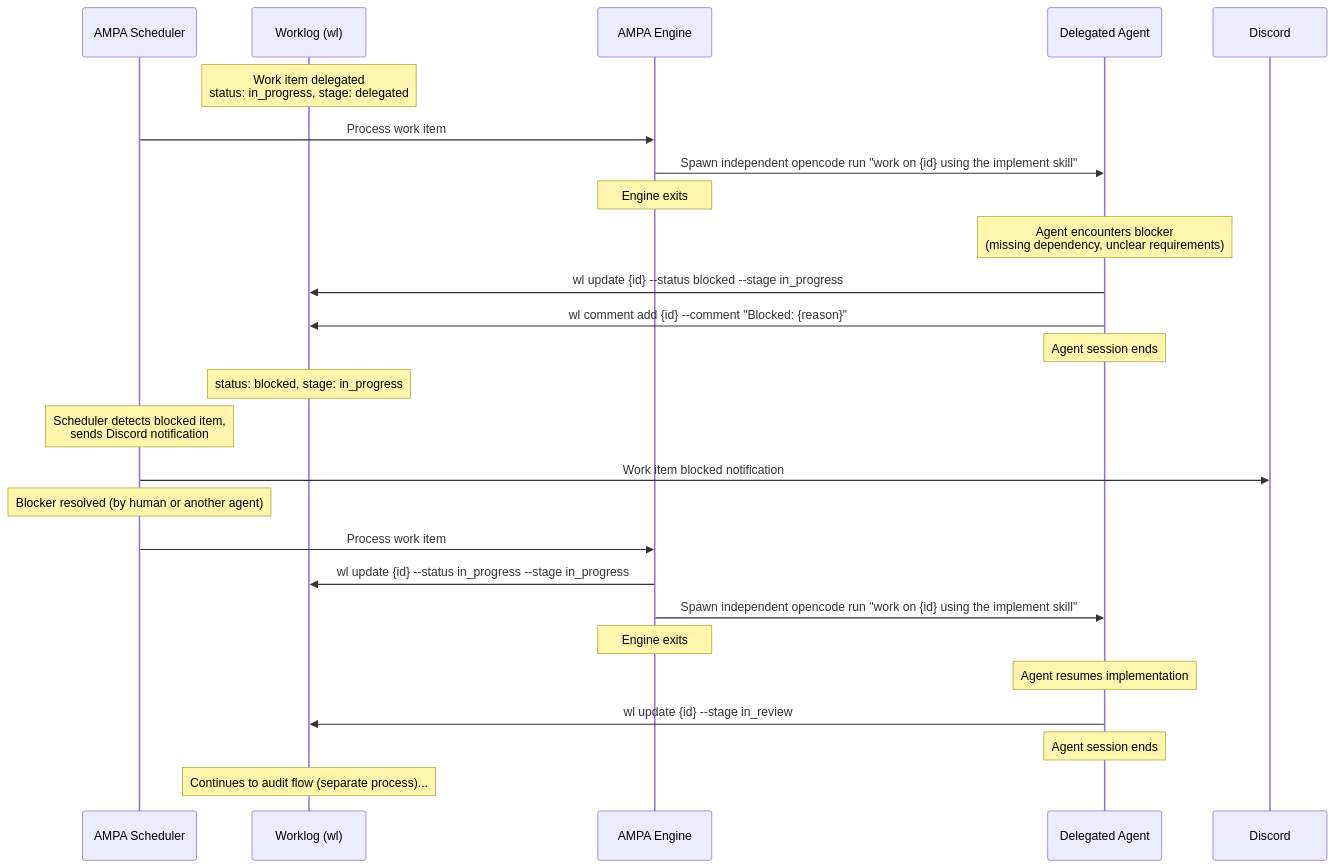
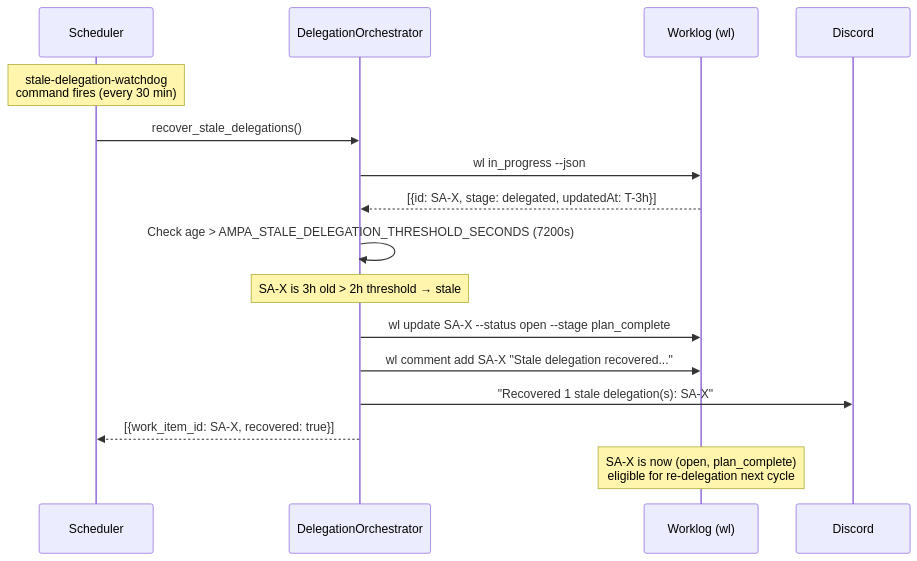
The third of 3 diagrams in docs/workflow/engine-prd.md (SorraTheOrc/SorraAgents), drawn with Mermaid before and after one commit. The commit also changed other lines of this file and 1 other file, not shown here.

First line of the commit message:
SA-0MM1OMHR10AAV9OQ: replace engine-prd.md in-place instead of creating separate file

````diff
--- a/docs/workflow/engine-prd.md
+++ b/docs/workflow/engine-prd.md
@@ -392,38 +438,26 @@
 ```mermaid
 sequenceDiagram
-    participant Scheduler as AMPA Scheduler
+    participant Sched as Scheduler
+    participant Orch as DelegationOrchestrator
     participant WL as Worklog (wl)
-    participant Engine as AMPA Engine
-    participant Agent as Delegated Agent
     participant Discord as Discord
 
-    Note over WL: Work item delegated<br/>status: in_progress, stage: delegated
+    Note over Sched: stale-delegation-watchdog<br/>command fires (every 30 min)
 
-    Scheduler->>Engine: Process work item
-    Engine->>Agent: Spawn independent opencode run "work on {id} using the implement skill"
-    Note over Engine: Engine exits
+    Sched->>Orch: recover_stale_delegations()
 
-    Note over Agent: Agent encounters blocker<br/>(missing dependency, unclear requirements)
+    Orch->>WL: wl in_progress --json
+    WL-->>Orch: [{id: SA-X, stage: delegated, updatedAt: T-3h}]
 
-    Agent->>WL: wl update {id} --status blocked --stage in_progress
-    Agent->>WL: wl comment add {id} --comment "Blocked: {reason}"
-    Note over Agent: Agent session ends
+    Orch->>Orch: Check age > AMPA_STALE_DELEGATION_THRESHOLD_SECONDS (7200s)
+    Note over Orch: SA-X is 3h old > 2h threshold → stale
 
-    Note over WL: status: blocked, stage: in_progress
+    Orch->>WL: wl update SA-X --status open --stage plan_complete
+    Orch->>WL: wl comment add SA-X "Stale delegation recovered..."
 
-    Note over Scheduler: Scheduler detects blocked item,<br/>sends Discord notification
-    Scheduler->>Discord: Work item blocked notification
+    Orch->>Discord: "Recovered 1 stale delegation(s): SA-X"
 
-    Note over Scheduler: Blocker resolved (by human or another agent)
+    Orch-->>Sched: [{work_item_id: SA-X, recovered: true}]
 
-    Scheduler->>Engine: Process work item
-    Engine->>WL: wl update {id} --status in_progress --stage in_progress
-    Engine->>Agent: Spawn independent opencode run "work on {id} using the implement skill"
-    Note over Engine: Engine exits
-
-    Note over Agent: Agent resumes implementation
-    Agent->>WL: wl update {id} --stage in_review
-    Note over Agent: Agent session ends
-
-    Note over WL: Continues to audit flow (separate process)...
+    Note over WL: SA-X is now (open, plan_complete)<br/>eligible for re-delegation next cycle
 ```
````
